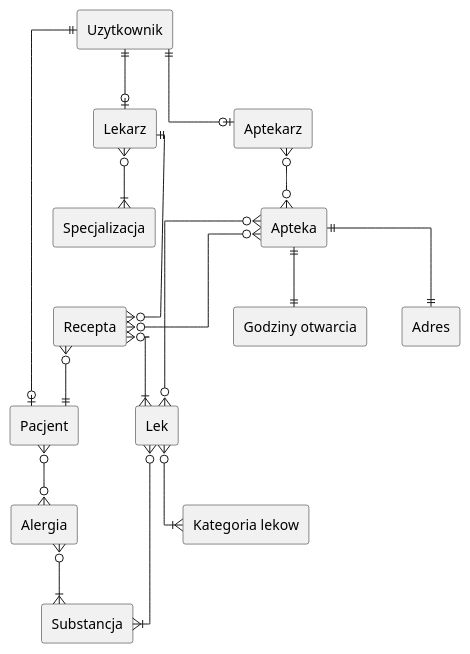
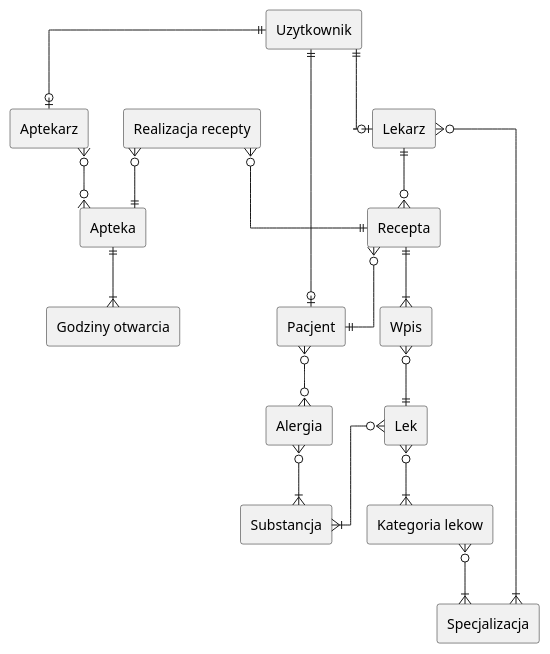
One commit to vburmus/database-design changed the diagram in task-1/diagram.wsd. Above: the diagram before and after it, drawn with PlantUML. The commit also changed 2 other files, not shown here.

Commit message:
Updated diagram due to recommendation

```diff
--- a/task-1/diagram.wsd
+++ b/task-1/diagram.wsd
@@ -1,66 +1,67 @@
-@startuml diagram
+@startuml
 skinparam linetype ortho
 
 rectangle "Pacjent" as pacjent {
 }
 
 rectangle "Lekarz" as lekarz {
 }
 
 rectangle "Lek" as lek {
 }
 
 rectangle "Substancja" as substancja {
 }
 
 rectangle "Apteka" as apteka {
 }
 
 rectangle "Aptekarz" as aptekarz {
 }
 
 rectangle "Specjalizacja" as specjalizacja {
 }
 
 rectangle "Recepta" as recepta {
 }
 
 rectangle "Alergia" as alergia {
 }
 
 rectangle "Dawkowanie" as substancja {
 }
 
 rectangle "Uzytkownik" as użytkownik {
 }
 
 
 rectangle "Godziny otwarcia" as godziny_otwarcia {
 }
 
 rectangle "Kategoria lekow" as kategoria_lekow {
 }
 
-rectangle "Adres" as adres {
+rectangle "Realizacja recepty" as realizacja_recepty{
 }
 
+rectangle "Wpis" as wpis{
+}
 
-apteka }o--o{ lek
 użytkownik ||--o| pacjent
 użytkownik ||--o| lekarz
 użytkownik ||--o| aptekarz
-apteka }o--o{ recepta
 lekarz }o--|{ specjalizacja
+kategoria_lekow}o--|{ specjalizacja
 pacjent }o--o{ alergia
 lekarz ||--o{ recepta
 recepta }o--|| pacjent
-recepta }o--|{ lek
+recepta ||--|{ wpis
+wpis }o--|| lek
 lek }o--|{ substancja
 lek }o--|{ kategoria_lekow
-apteka ||--|| adres
-apteka ||--|| godziny_otwarcia
+apteka ||--|{ godziny_otwarcia
 aptekarz }o--o{ apteka
 alergia }o--|{ substancja
-
-
+realizacja_recepty}o--||recepta
+realizacja_recepty}o--||apteka
 @enduml
```
